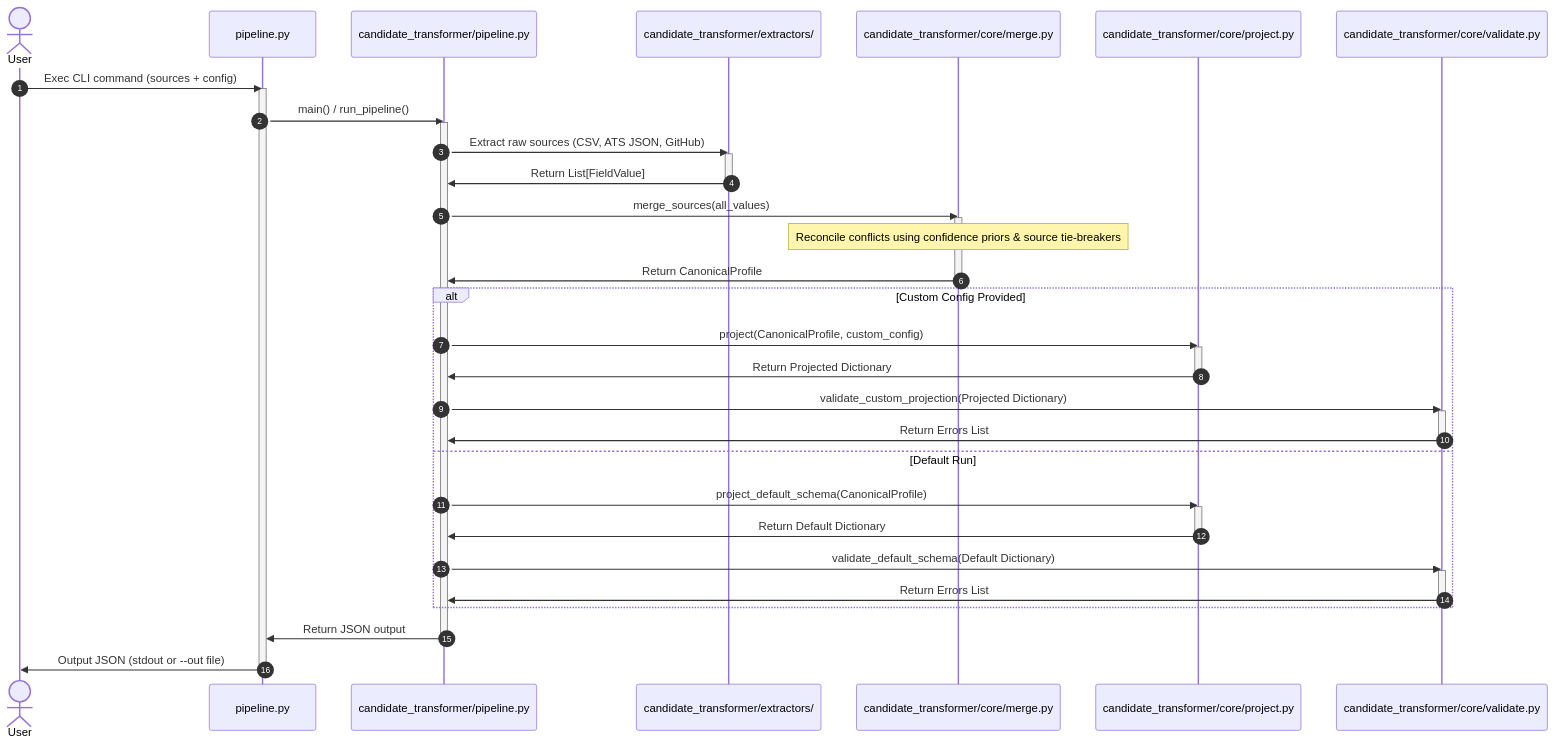
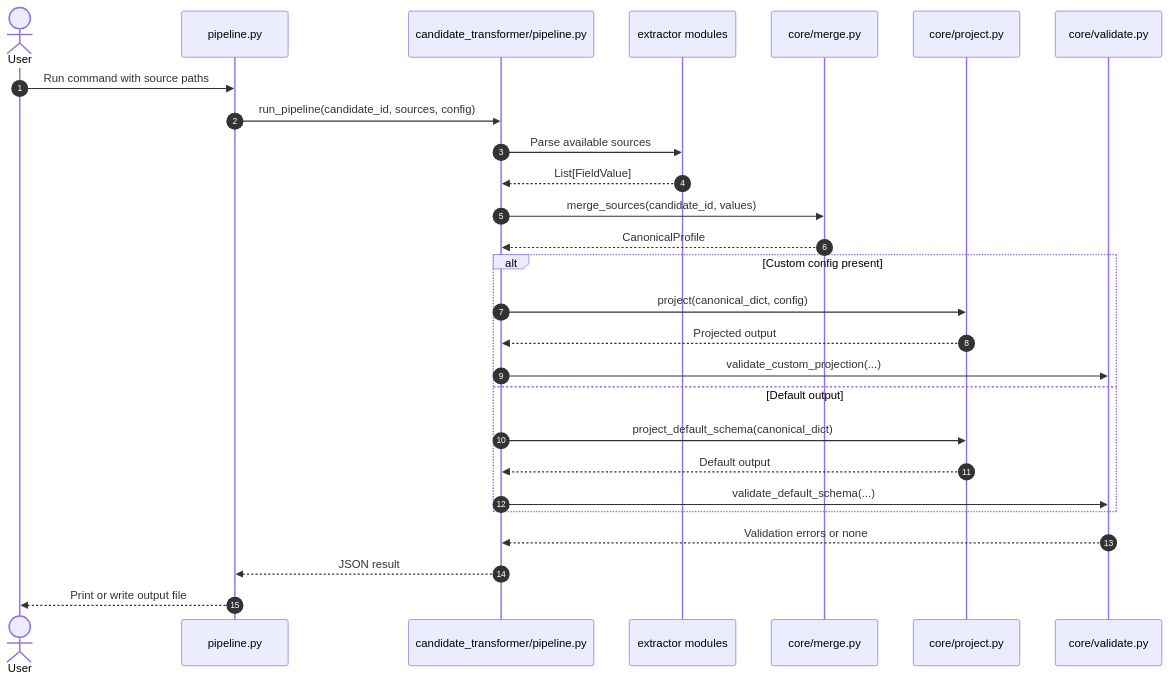
The second of 3 diagrams in README.md (ramalokeshreddyp/Candidate-Data-Transformer), drawn with Mermaid before and after one commit. The commit also changed other lines of this file and 7 other files, not shown here.

Commit message:
Improve projection compliance and upgrade project documentation

````diff
--- a/README.md
+++ b/README.md
@@ -53,48 +72,30 @@
 ```mermaid
 sequenceDiagram
     autonumber
     actor User
-    participant PipelineWrapper as pipeline.py
-    participant Pipeline as candidate_transformer/pipeline.py
-    participant Extractors as candidate_transformer/extractors/
-    participant MergeEngine as candidate_transformer/core/merge.py
-    participant ProjectLayer as candidate_transformer/core/project.py
-    participant Validator as candidate_transformer/core/validate.py
+    participant CLI as pipeline.py
+    participant Orchestrator as candidate_transformer/pipeline.py
+    participant Extractors as extractor modules
+    participant Merge as core/merge.py
+    participant Project as core/project.py
+    participant Validate as core/validate.py
 
-    User->>PipelineWrapper: Exec CLI command (sources + config)
-    activate PipelineWrapper
-    PipelineWrapper->>Pipeline: main() / run_pipeline()
-    activate Pipeline
-    Pipeline->>Extractors: Extract raw sources (CSV, ATS JSON, GitHub)
-    activate Extractors
-    Extractors->>Pipeline: Return List[FieldValue]
-    deactivate Extractors
-    Pipeline->>MergeEngine: merge_sources(all_values)
-    activate MergeEngine
-    Note over MergeEngine: Reconcile conflicts using confidence priors & source tie-breakers
-    MergeEngine->>Pipeline: Return CanonicalProfile
-    deactivate MergeEngine
-    alt Custom Config Provided
-        Pipeline->>ProjectLayer: project(CanonicalProfile, custom_config)
-        activate ProjectLayer
-        ProjectLayer->>Pipeline: Return Projected Dictionary
-        deactivate ProjectLayer
-        Pipeline->>Validator: validate_custom_projection(Projected Dictionary)
-        activate Validator
-        Validator->>Pipeline: Return Errors List
-        deactivate Validator
-    else Default Run
-        Pipeline->>ProjectLayer: project_default_schema(CanonicalProfile)
-        activate ProjectLayer
-        ProjectLayer->>Pipeline: Return Default Dictionary
-        deactivate ProjectLayer
-        Pipeline->>Validator: validate_default_schema(Default Dictionary)
-        activate Validator
-        Validator->>Pipeline: Return Errors List
-        deactivate Validator
+    User->>CLI: Run command with source paths
+    CLI->>Orchestrator: run_pipeline(candidate_id, sources, config)
+    Orchestrator->>Extractors: Parse available sources
+    Extractors-->>Orchestrator: List[FieldValue]
+    Orchestrator->>Merge: merge_sources(candidate_id, values)
+    Merge-->>Orchestrator: CanonicalProfile
+    alt Custom config present
+        Orchestrator->>Project: project(canonical_dict, config)
+        Project-->>Orchestrator: Projected output
+        Orchestrator->>Validate: validate_custom_projection(...)
+    else Default output
+        Orchestrator->>Project: project_default_schema(canonical_dict)
+        Project-->>Orchestrator: Default output
+        Orchestrator->>Validate: validate_default_schema(...)
     end
-    Pipeline->>PipelineWrapper: Return JSON output
-    deactivate Pipeline
-    PipelineWrapper->>User: Output JSON (stdout or --out file)
-    deactivate PipelineWrapper
+    Validate-->>Orchestrator: Validation errors or none
+    Orchestrator-->>CLI: JSON result
+    CLI-->>User: Print or write output file
 ```
````
